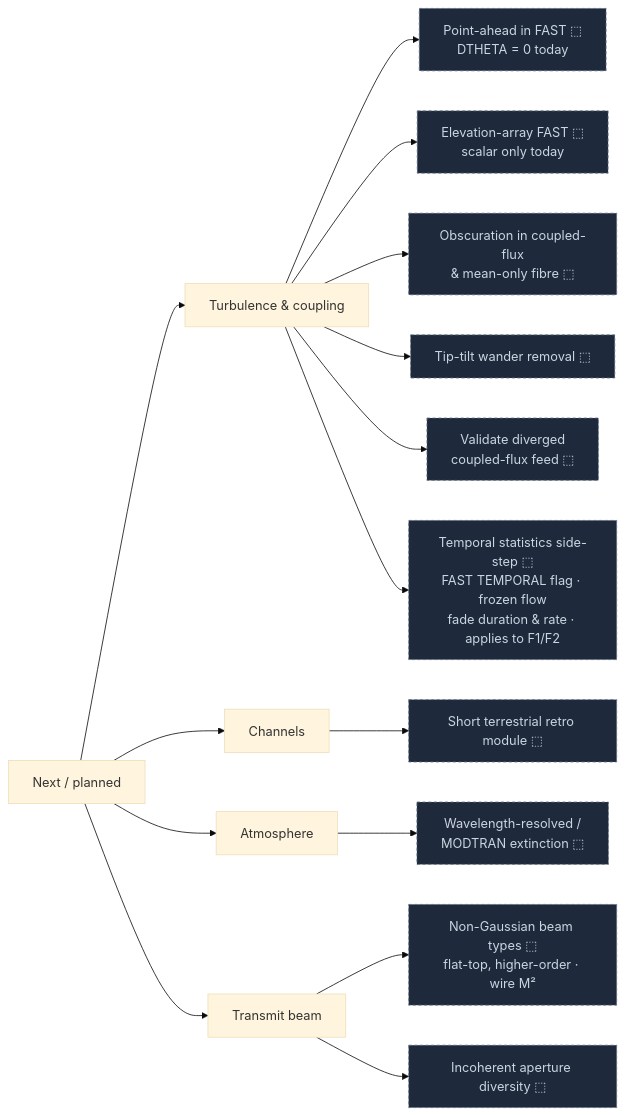
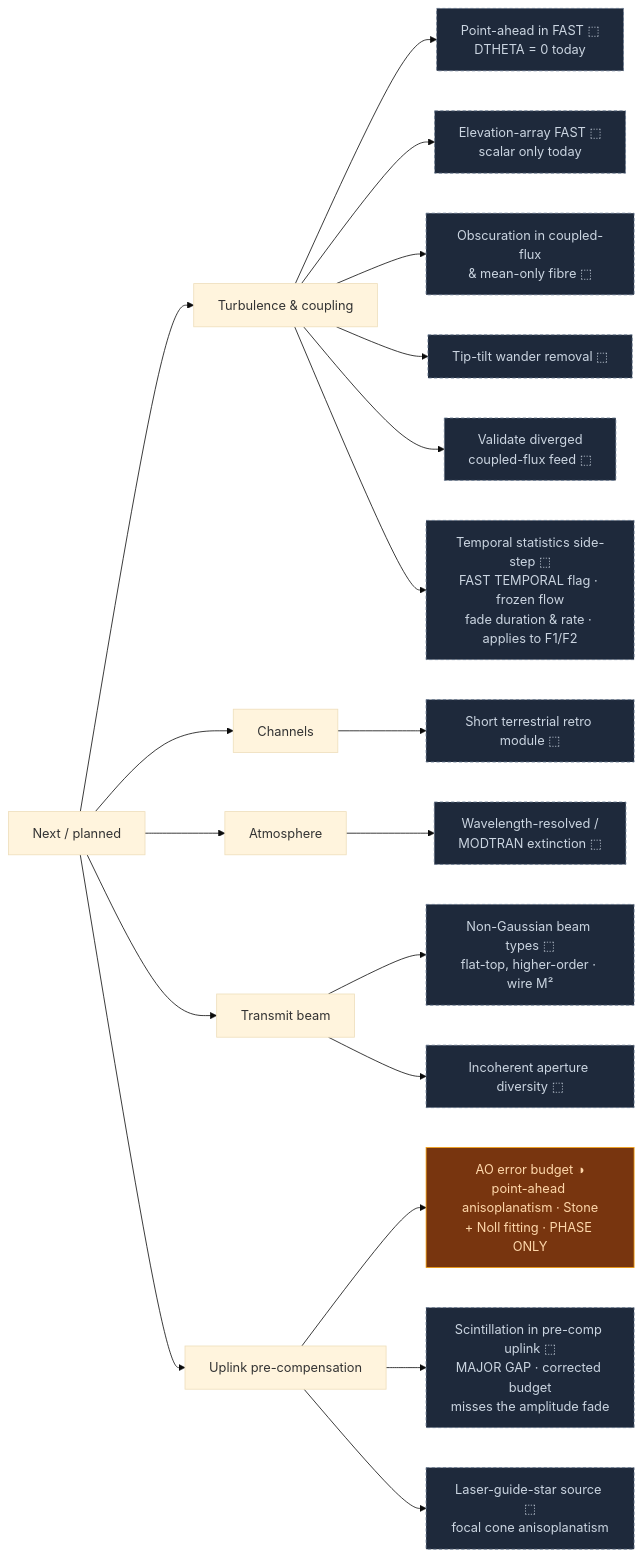
One commit to bigfraw/optical_link_budget changed the fourth of 4 diagrams in README.md. Above: the diagram before and after it, drawn with Mermaid (base theme). The commit also changed 8 other files, not shown here.

First line of the commit message:
Add uplink pre-compensation: Stone anisoplanatism + AO error budget

````diff
--- a/README.md
+++ b/README.md
@@ -181,24 +181,30 @@
 ```mermaid
 flowchart LR
   N["Next / planned"]
 
   N --> NT["Turbulence & coupling"]
   NT --> NT1["Point-ahead in FAST ⬚<br/>DTHETA = 0 today"]:::planned
   NT --> NT2["Elevation-array FAST ⬚<br/>scalar only today"]:::planned
   NT --> NT3["Obscuration in coupled-flux<br/>& mean-only fibre ⬚"]:::planned
   NT --> NT4["Tip-tilt wander removal ⬚"]:::planned
   NT --> NT5["Validate diverged<br/>coupled-flux feed ⬚"]:::planned
   NT --> NT6["Temporal statistics side-step ⬚<br/>FAST TEMPORAL flag · frozen flow<br/>fade duration &amp; rate · applies to F1/F2"]:::planned
 
   N --> NC["Channels"]
   NC --> NC2["Short terrestrial retro module ⬚"]:::planned
 
   N --> NA["Atmosphere"]
   NA --> NA1["Wavelength-resolved /<br/>MODTRAN extinction ⬚"]:::planned
 
   N --> NTX["Transmit beam"]
   NTX --> NTX1["Non-Gaussian beam types ⬚<br/>flat-top, higher-order · wire M²"]:::planned
   NTX --> NTX2["Incoherent aperture diversity ⬚"]:::planned
 
+  N --> NP["Uplink pre-compensation"]
+  NP --> NP1["AO error budget ◑<br/>point-ahead anisoplanatism · Stone<br/>+ Noll fitting · PHASE ONLY"]:::partial
+  NP --> NP2["Scintillation in pre-comp uplink ⬚<br/>MAJOR GAP · corrected budget<br/>misses the amplitude fade"]:::planned
+  NP --> NP3["Laser-guide-star source ⬚<br/>focal cone anisoplanatism"]:::planned
+
+  classDef partial fill:#78350f,color:#fed7aa,stroke:#f59e0b;
   classDef planned fill:#1e293b,color:#cbd5e1,stroke:#64748b,stroke-dasharray:4 3;
 ```
````
